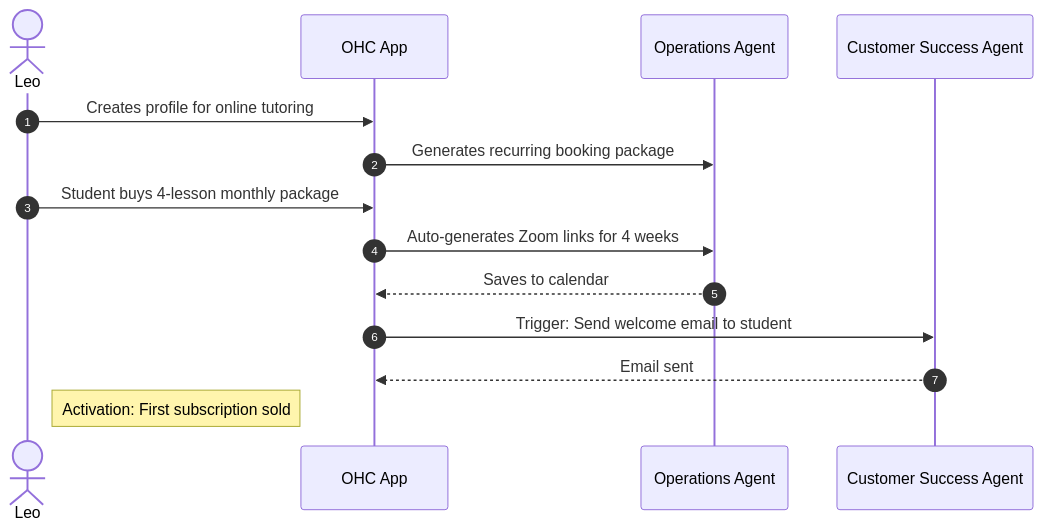
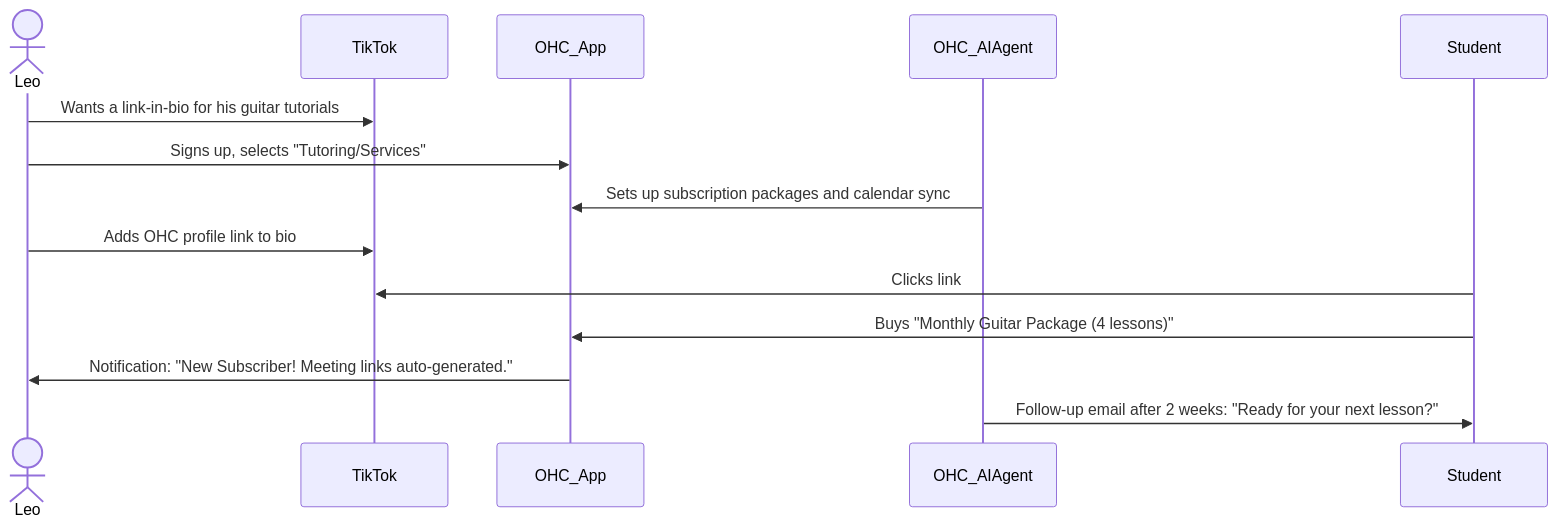
The fourth of 5 diagrams in docs/research/[architecture]_business_journey.md (omnisolo-llc/onehumancorp), drawn with Mermaid before and after one commit. The commit also changed other lines of this file, not shown here.

First line of the commit message:
docs: create Business Journey Architecture research report

````diff
--- a/docs/research/[architecture]_business_journey.md
+++ b/docs/research/[architecture]_business_journey.md
@@ -114,17 +148,24 @@
 ```mermaid
 sequenceDiagram
-    autonumber
-    actor Leo as Leo
-    participant App as OHC App
-    participant Ops as Operations Agent
-    participant CS as Customer Success Agent
+    actor Leo
+    participant TikTok
+    participant OHC_App
+    participant OHC_AIAgent
+    participant Student
 
-    Leo->>App: Creates profile for online tutoring
-    App->>Ops: Generates recurring booking package
-    Leo->>App: Student buys 4-lesson monthly package
-    App->>Ops: Auto-generates Zoom links for 4 weeks
-    Ops-->>App: Saves to calendar
-    App->>CS: Trigger: Send welcome email to student
-    CS-->>App: Email sent
-    note right of Leo: Activation: First subscription sold
+    %% Acquisition & Onboarding
+    Leo->>TikTok: Wants a link-in-bio for his guitar tutorials
+    Leo->>OHC_App: Signs up, selects "Tutoring/Services"
+    OHC_AIAgent->>OHC_App: Sets up subscription packages and calendar sync
+
+    %% Activation
+    Leo->>TikTok: Adds OHC profile link to bio
+
+    %% Execution
+    Student->>TikTok: Clicks link
+    Student->>OHC_App: Buys "Monthly Guitar Package (4 lessons)"
+    OHC_App->>Leo: Notification: "New Subscriber! Meeting links auto-generated."
+
+    %% Retention
+    OHC_AIAgent->>Student: Follow-up email after 2 weeks: "Ready for your next lesson?"
 ```
````
